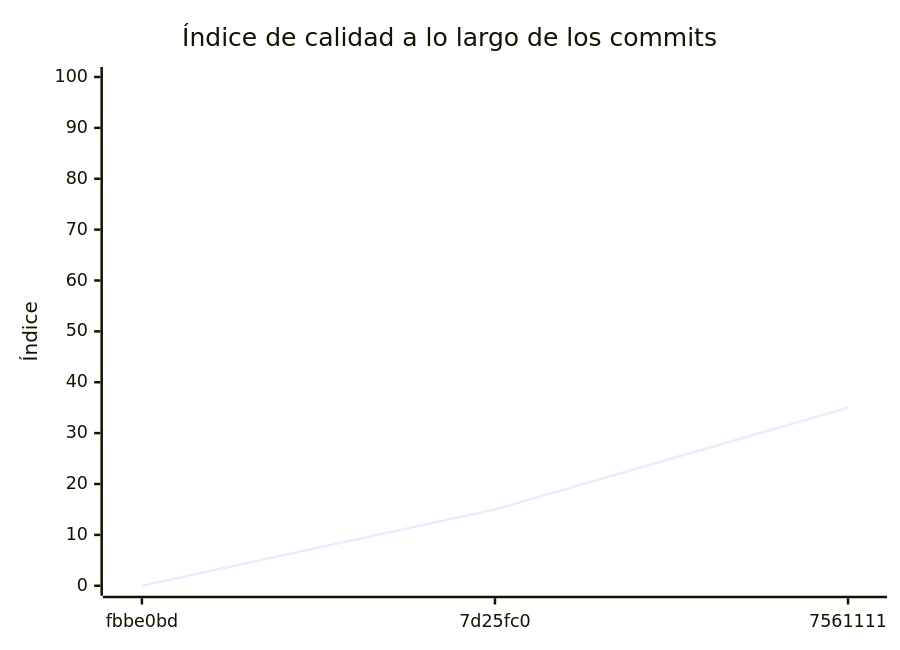
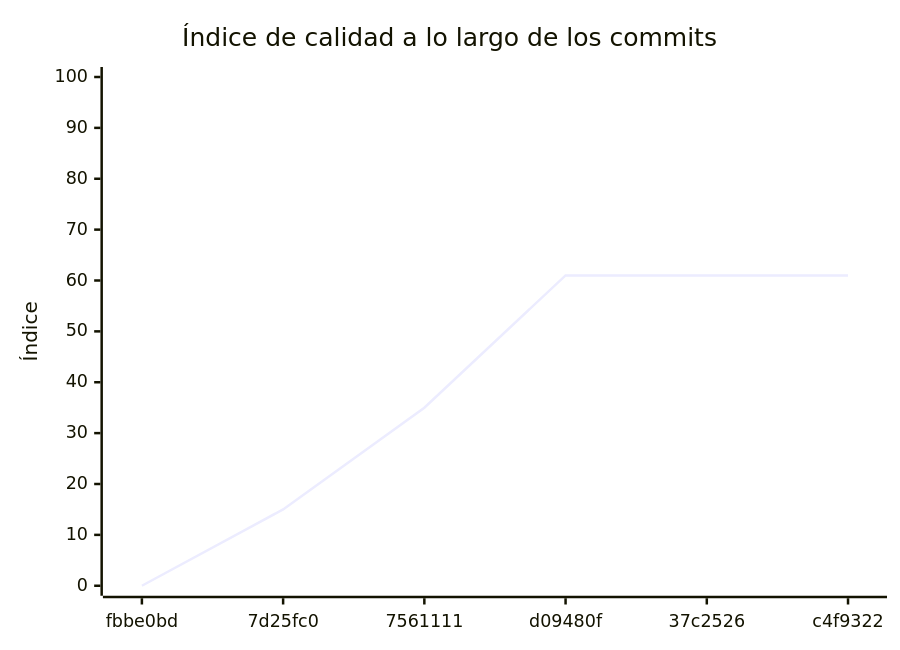
Before and after one commit to prog2rupcic/backend-catalogo: the diagram in docs/EVALUACION.md, drawn with Mermaid. The commit also changed other lines of this file and 1 other file, not shown here.

````diff
--- a/docs/EVALUACION.md
+++ b/docs/EVALUACION.md
@@ -131,7 +217,7 @@
 ```mermaid
 xychart-beta
     title "Índice de calidad a lo largo de los commits"
-    x-axis ["fbbe0bd", "7d25fc0", "7561111"]
+    x-axis ["fbbe0bd", "7d25fc0", "7561111", "d09480f", "37c2526", "c4f9322"]
     y-axis "Índice" 0 --> 100
-    line [0, 15, 35]
+    line [0, 15, 35, 61, 61, 61]
 ```
````
